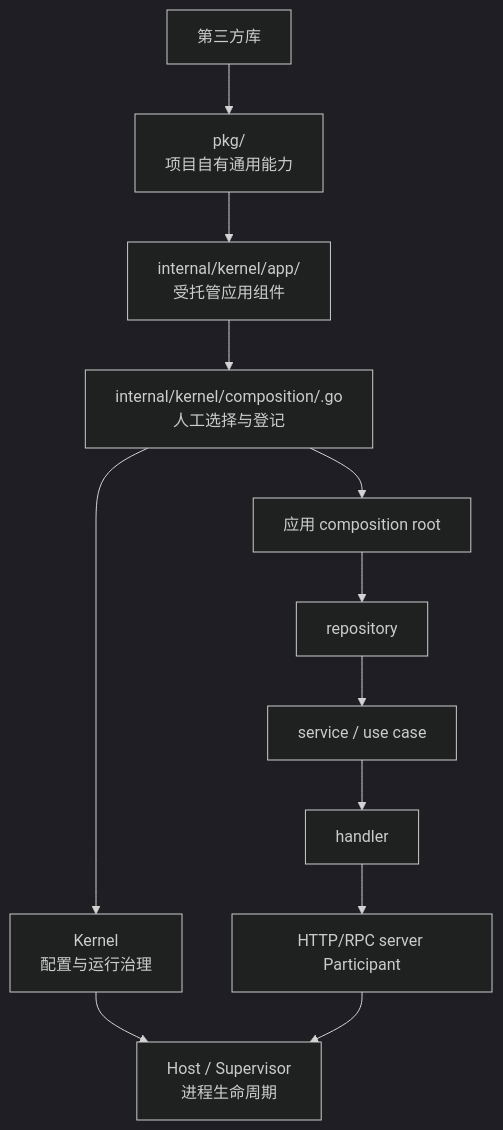
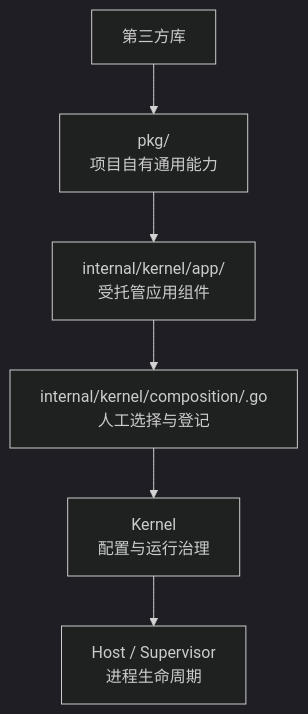
The diagram in docs/research/002-kernel-app-manual-composition/03-target-component-model.md (rin721/go-scaffold-template), drawn with Mermaid (dark theme) before and after one commit. The commit also changed other lines of this file and 9 other files, not shown here.

````diff
--- a/docs/research/002-kernel-app-manual-composition/03-target-component-model.md
+++ b/docs/research/002-kernel-app-manual-composition/03-target-component-model.md
@@ -7,14 +7,8 @@
 ```mermaid
 flowchart TB
     Third["第三方库"] --> Pkg["pkg/<name><br/>项目自有通用能力"]
     Pkg --> App["internal/kernel/app/<name><br/>受托管应用组件"]
     App --> Composition["internal/kernel/composition/<name>.go<br/>人工选择与登记"]
     Composition --> Kernel["Kernel<br/>配置与运行治理"]
     Kernel --> Host["Host / Supervisor<br/>进程生命周期"]
-    Composition --> Root["应用 composition root"]
-    Root --> Repo["repository"]
-    Repo --> Service["service / use case"]
-    Service --> Handler["handler"]
-    Handler --> Server["HTTP/RPC server Participant"]
-    Server --> Host
 ```
````
